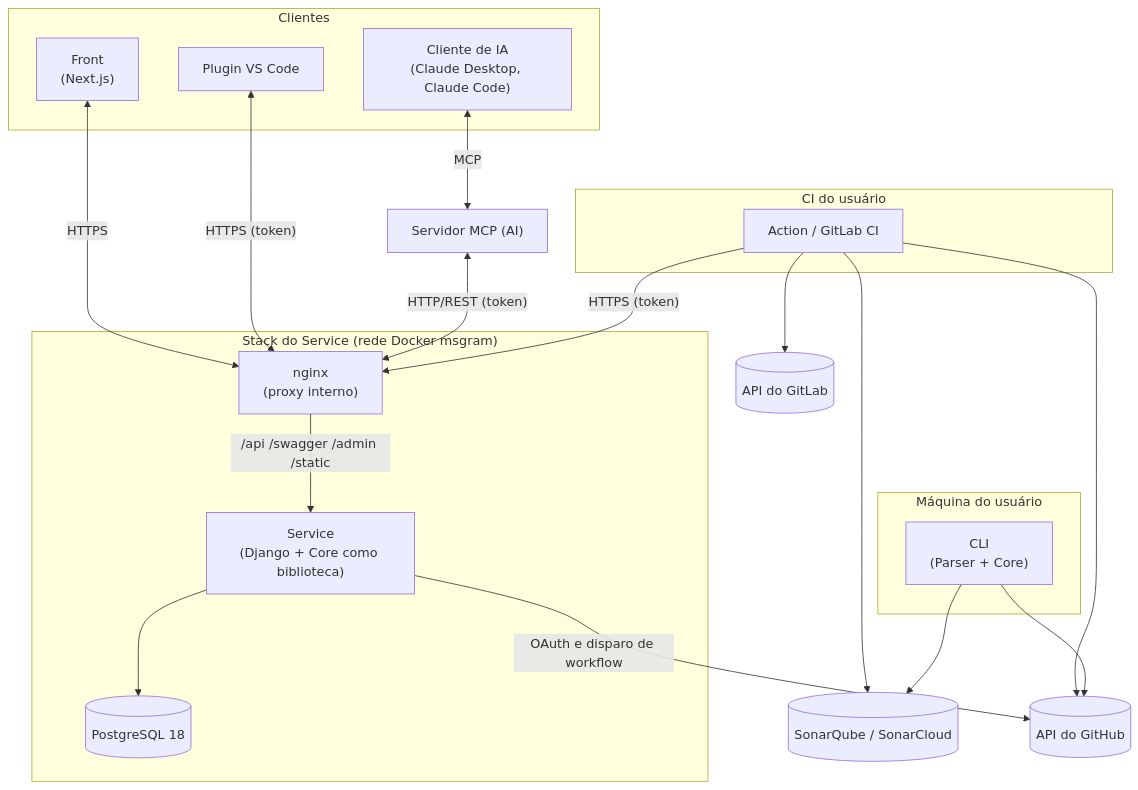
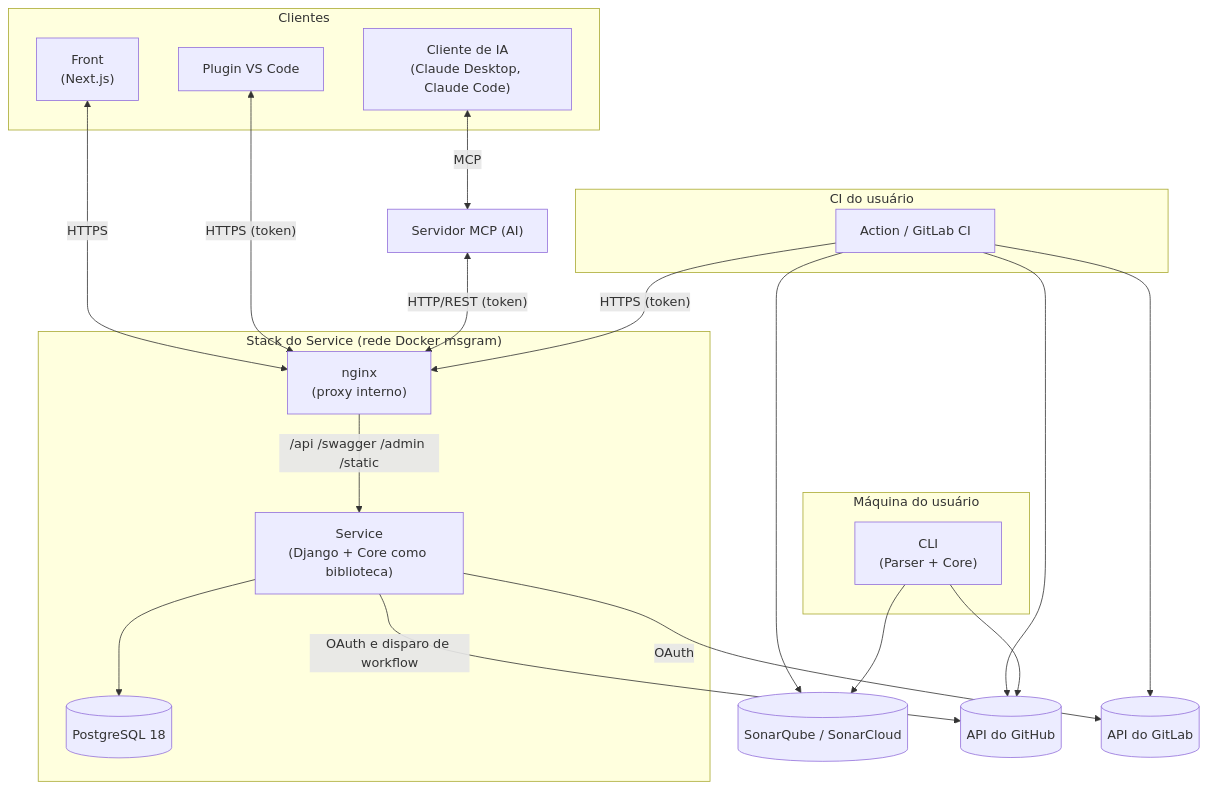
One commit to fga-eps-mds/2026.2-MeasureSoftGram-DOC changed the first of 9 diagrams in docs/produto/arquitetura.mdx. Above: the diagram before and after it, drawn with Mermaid. The commit also changed other lines of this file, not shown here.

Commit message:
docs(arquitetura): atualiza diagramas de fluxo e visão física para GitLab CI/CD (#239)

````diff
--- a/docs/produto/arquitetura.mdx
+++ b/docs/produto/arquitetura.mdx
@@ -165,41 +165,42 @@
 ```mermaid
 flowchart TB
     subgraph Clientes
         FE["Front<br/>(Next.js)"]
         VSC["Plugin VS Code"]
         IA["Cliente de IA<br/>(Claude Desktop, Claude Code)"]
     end
 
     subgraph Stack["Stack do Service (rede Docker msgram)"]
         RP["nginx<br/>(proxy interno)"]
         SVC["Service<br/>(Django + Core como biblioteca)"]
         DB[("PostgreSQL 18")]
         RP -->|"/api /swagger /admin /static"| SVC
         SVC --> DB
     end
 
     subgraph CI["CI do usuário"]
         ACT["Action / GitLab CI"]
     end
 
     subgraph Local["Máquina do usuário"]
         CLI["CLI<br/>(Parser + Core)"]
     end
 
     MCP["Servidor MCP (AI)"]
     SQ[("SonarQube / SonarCloud")]
     GH[("API do GitHub")]
     GL[("API do GitLab")]
 
     FE <-->|HTTPS| RP
     VSC <-->|"HTTPS (token)"| RP
     IA <-->|MCP| MCP
     MCP <-->|"HTTP/REST (token)"| RP
     ACT -->|"HTTPS (token)"| RP
     ACT --> SQ
     ACT --> GH
     ACT --> GL
     CLI --> SQ
     CLI --> GH
     SVC -->|"OAuth e disparo de workflow"| GH
+    SVC -->|OAuth| GL
 ```
````
